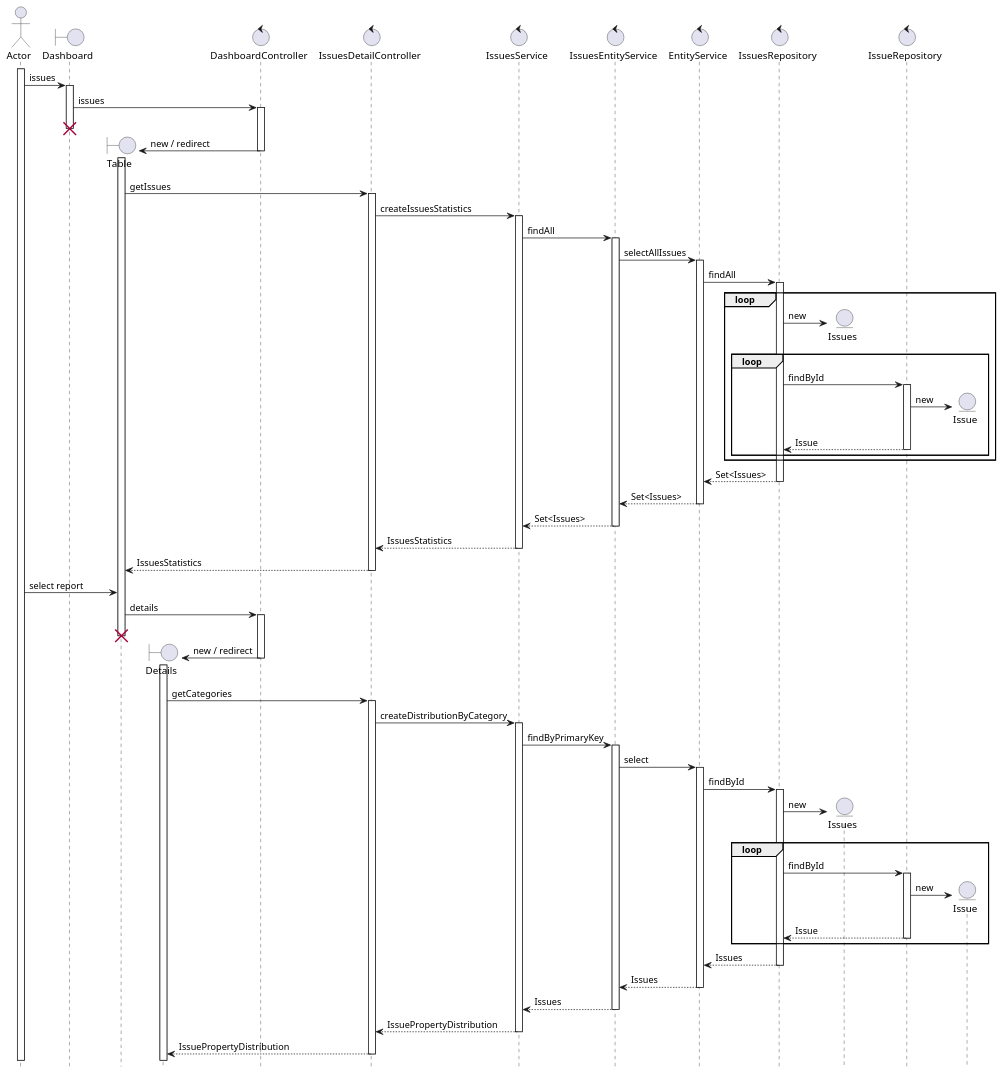
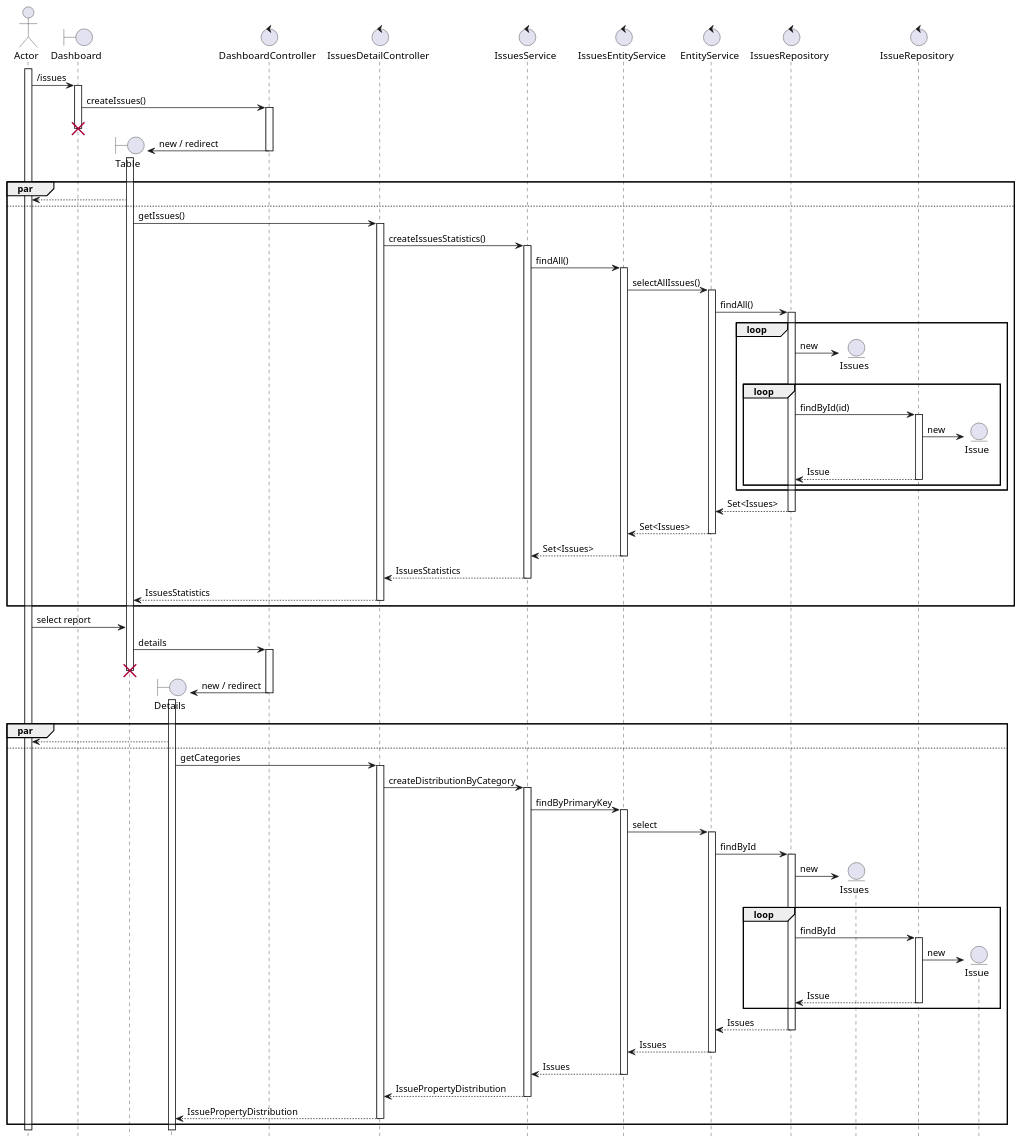
One commit to uhafner/static-analysis-dashboard changed the diagram in doc/assignment4/details.puml. Above: the diagram before and after it, drawn with PlantUML. The commit also changed 1 other file, not shown here.

Commit message:
Refined sequence diagrams.

```diff
--- a/doc/assignment4/details.puml
+++ b/doc/assignment4/details.puml
@@ -1,133 +1,142 @@
 @startuml
 
 hide footbox
 
 actor Actor
 activate Actor
 
 boundary Dashboard
 boundary Table
 boundary Details
 
 control DashboardController
 control IssuesDetailController
 control IssuesService
 control IssuesEntityService
 control EntityService
 control IssuesRepository
 entity Issues
 control IssueRepository
 entity Issue
 
-Actor -> Dashboard: issues
+Actor -> Dashboard: /issues
 activate Dashboard
 
-Dashboard -> DashboardController : issues
+Dashboard -> DashboardController : createIssues()
 activate DashboardController
 destroy Dashboard
 
 create Table
 DashboardController -> Table: new / redirect
 activate Table
 deactivate DashboardController
 
-Table -> IssuesDetailController : getIssues
-activate IssuesDetailController
-IssuesDetailController -> IssuesService : createIssuesStatistics
-activate IssuesService
+par
 
-IssuesService -> IssuesEntityService : findAll
-activate IssuesEntityService
+    Actor <-- Table
 
-IssuesEntityService -> EntityService : selectAllIssues
-activate EntityService
+else 
 
-EntityService -> IssuesRepository : findAll
-activate IssuesRepository
-
-loop
-    create Issues
-    IssuesRepository -> Issues : new
+    Table -> IssuesDetailController : getIssues()
+    activate IssuesDetailController
+    IssuesDetailController -> IssuesService : createIssuesStatistics()
+    activate IssuesService
+    
+    IssuesService -> IssuesEntityService : findAll()
+    activate IssuesEntityService
+    
+    IssuesEntityService -> EntityService : selectAllIssues()
+    activate EntityService
+    
+    EntityService -> IssuesRepository : findAll()
+    activate IssuesRepository
     
     loop
-        IssuesRepository -> IssueRepository : findById
-        activate IssueRepository
-        create Issue
-        IssueRepository -> Issue : new
-        IssuesRepository <-- IssueRepository : Issue
-        deactivate IssueRepository
+        create Issues
+        IssuesRepository -> Issues : new
+        
+        loop
+            IssuesRepository -> IssueRepository : findById(id)
+            activate IssueRepository
+            create Issue
+            IssueRepository -> Issue : new
+            IssuesRepository <-- IssueRepository : Issue
+            deactivate IssueRepository
+        end
+    
     end
-
+    EntityService <-- IssuesRepository : Set<Issues>
+    deactivate IssuesRepository
+    
+    IssuesEntityService <-- EntityService : Set<Issues>
+    deactivate EntityService
+    
+    IssuesService <-- IssuesEntityService : Set<Issues>
+    deactivate IssuesEntityService
+    
+    IssuesDetailController <-- IssuesService : IssuesStatistics
+    deactivate IssuesService
+    Table <-- IssuesDetailController : IssuesStatistics
+    deactivate IssuesDetailController
 end
-EntityService <-- IssuesRepository : Set<Issues>
-deactivate IssuesRepository
-
-IssuesEntityService <-- EntityService : Set<Issues>
-deactivate EntityService
-
-IssuesService <-- IssuesEntityService : Set<Issues>
-deactivate IssuesEntityService
-
-IssuesDetailController <-- IssuesService : IssuesStatistics
-deactivate IssuesService
-Table <-- IssuesDetailController : IssuesStatistics
-deactivate IssuesDetailController
-
-
-deactivate DashboardController
 
 Actor -> Table: select report
 
 Table -> DashboardController : details
 activate DashboardController
 destroy Table
 
 create Details
 DashboardController -> Details: new / redirect
 activate Details
 deactivate DashboardController
 
+par
 
-Details -> IssuesDetailController : getCategories
-activate IssuesDetailController
+    Actor <-- Details
 
-IssuesDetailController -> IssuesService : createDistributionByCategory
-activate IssuesService
+else 
 
-IssuesService -> IssuesEntityService : findByPrimaryKey
-activate IssuesEntityService
-
-IssuesEntityService -> EntityService : select
-activate EntityService
-
-EntityService -> IssuesRepository : findById
-activate IssuesRepository
-
-create Issues
-IssuesRepository -> Issues : new
-    loop
-        IssuesRepository -> IssueRepository : findById
-        activate IssueRepository
-        create Issue
-        IssueRepository -> Issue : new
-        IssuesRepository <-- IssueRepository : Issue
-        deactivate IssueRepository
-    end
-EntityService <-- IssuesRepository : Issues
-
-deactivate IssuesRepository
-
-IssuesEntityService <-- EntityService : Issues
-deactivate EntityService
-
-IssuesService <-- IssuesEntityService : Issues
-deactivate IssuesEntityService
-
-IssuesDetailController <-- IssuesService : IssuePropertyDistribution
-deactivate IssuesService
-Details <-- IssuesDetailController : IssuePropertyDistribution
-deactivate IssuesDetailController
-
+    Details -> IssuesDetailController : getCategories
+    activate IssuesDetailController
+    
+    IssuesDetailController -> IssuesService : createDistributionByCategory
+    activate IssuesService
+    
+    IssuesService -> IssuesEntityService : findByPrimaryKey
+    activate IssuesEntityService
+    
+    IssuesEntityService -> EntityService : select
+    activate EntityService
+    
+    EntityService -> IssuesRepository : findById
+    activate IssuesRepository
+    
+    create Issues
+    IssuesRepository -> Issues : new
+        loop
+            IssuesRepository -> IssueRepository : findById
+            activate IssueRepository
+            create Issue
+            IssueRepository -> Issue : new
+            IssuesRepository <-- IssueRepository : Issue
+            deactivate IssueRepository
+        end
+    EntityService <-- IssuesRepository : Issues
+    
+    deactivate IssuesRepository
+    
+    IssuesEntityService <-- EntityService : Issues
+    deactivate EntityService
+    
+    IssuesService <-- IssuesEntityService : Issues
+    deactivate IssuesEntityService
+    
+    IssuesDetailController <-- IssuesService : IssuePropertyDistribution
+    deactivate IssuesService
+    Details <-- IssuesDetailController : IssuePropertyDistribution
+    deactivate IssuesDetailController
+end
 
 
 @enduml
```
